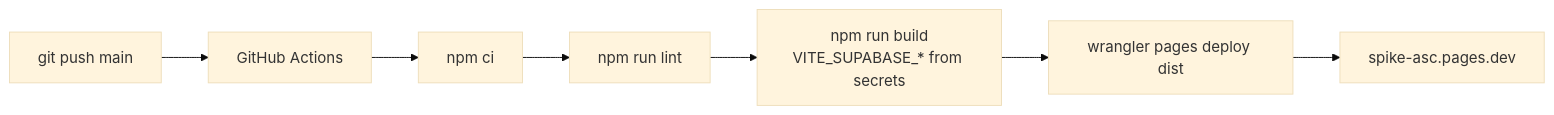
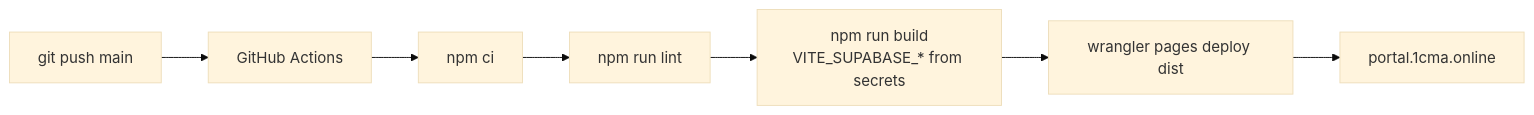
One commit to nmatunog/SPIKE changed the first of 2 diagrams in SPRINT_05_VENTURE_BLUEPRINT_INTEGRATION.md. Above: the diagram before and after it, drawn with Mermaid (base theme). The commit also changed other lines of this file and 8 other files, not shown here.

Commit message:
chore: point production to portal.1cma.online

````diff
--- a/SPRINT_05_VENTURE_BLUEPRINT_INTEGRATION.md
+++ b/SPRINT_05_VENTURE_BLUEPRINT_INTEGRATION.md
@@ -67,9 +67,9 @@
 ```mermaid
 flowchart LR
   A[git push main] --> B[GitHub Actions]
   B --> C[npm ci]
   C --> D[npm run lint]
   D --> E[npm run build<br/>VITE_SUPABASE_* from secrets]
   E --> F[wrangler pages deploy dist]
-  F --> G[spike-asc.pages.dev]
+  F --> G[portal.1cma.online]
 ```
````
